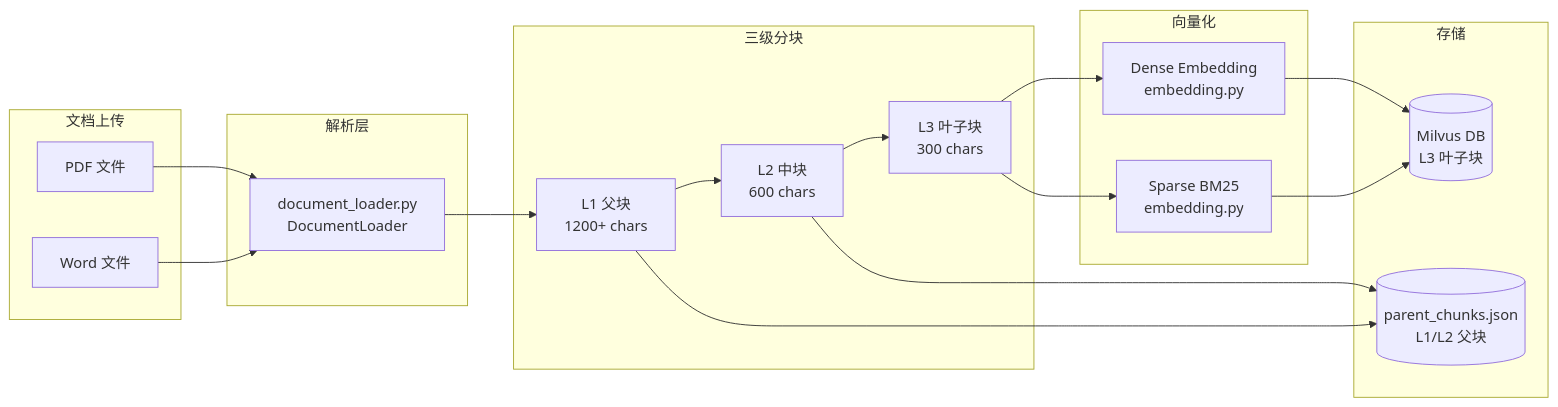
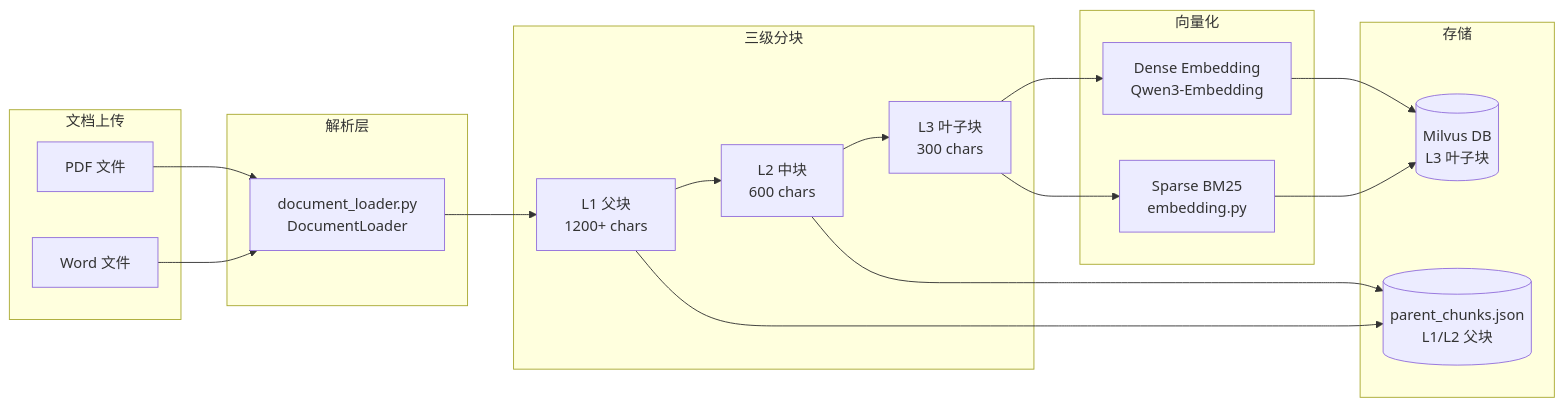
The third of 8 diagrams in sys-doc.md (Chasen-Liao/SuperMew), drawn with Mermaid before and after one commit. The commit also changed other lines of this file and 2 other files, not shown here.

````diff
--- a/sys-doc.md
+++ b/sys-doc.md
@@ -142,38 +140,38 @@
 ```mermaid
 flowchart LR
     subgraph Upload["文档上传"]
         PDF[PDF 文件]
         DOC[Word 文件]
     end
 
     subgraph Parsing["解析层"]
         Load[document_loader.py<br/>DocumentLoader]
         PDF --> Load
         DOC --> Load
     end
 
     subgraph Chunking["三级分块"]
         L1[L1 父块<br/>1200+ chars]
         L2[L2 中块<br/>600 chars]
         L3[L3 叶子块<br/>300 chars]
         Load --> L1
         L1 --> L2
         L2 --> L3
     end
 
     subgraph Vectorization["向量化"]
-        Dense[Dense Embedding<br/>embedding.py]
+        Dense[Dense Embedding<br/>Qwen3-Embedding]
         Sparse[Sparse BM25<br/>embedding.py]
         L3 --> Dense
         L3 --> Sparse
     end
 
     subgraph Storage["存储"]
         MilvusDB[(Milvus DB<br/>L3 叶子块)]
         ParentJSON[(parent_chunks.json<br/>L1/L2 父块)]
         Dense --> MilvusDB
         Sparse --> MilvusDB
         L1 --> ParentJSON
         L2 --> ParentJSON
     end
 ```
````
